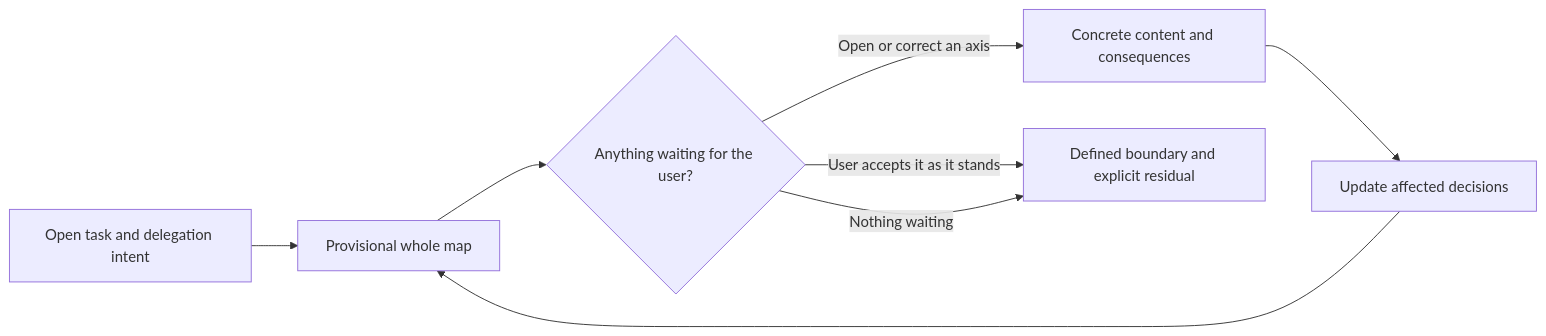
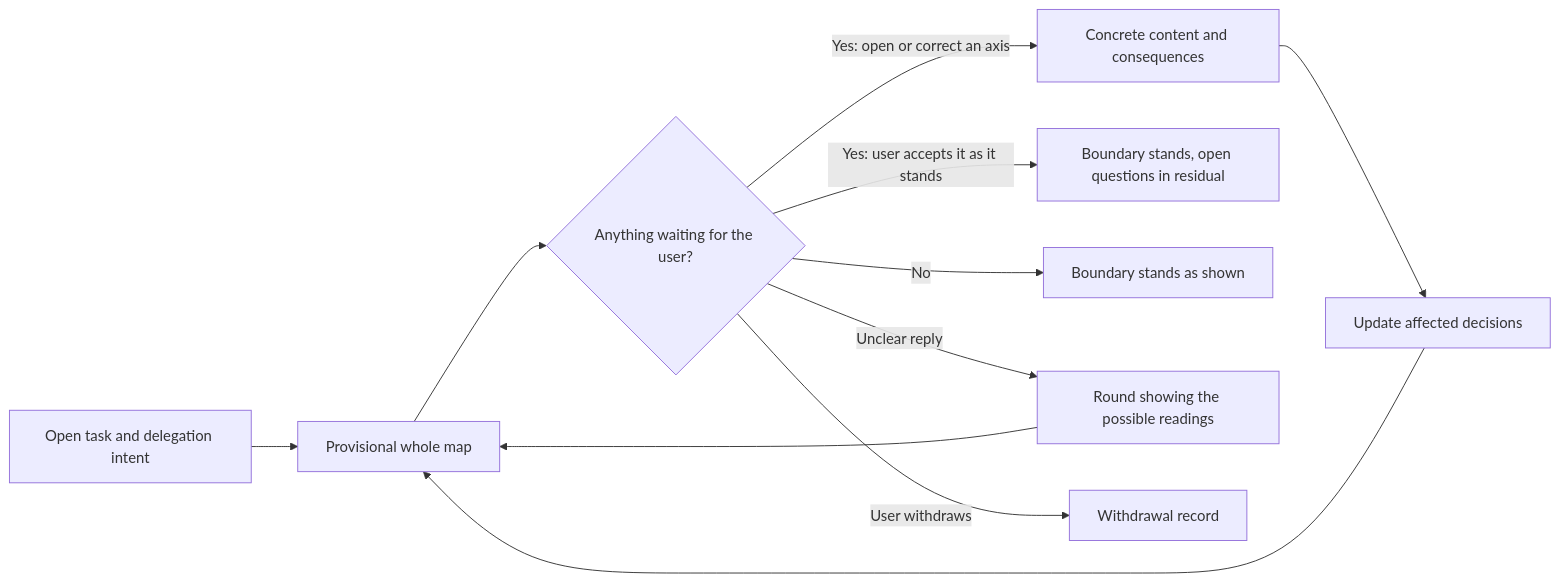
The diagram in horismos/README.md (jongwony/epistemic-protocols), drawn with Mermaid before and after one commit. The commit also changed other lines of this file and 5 other files, not shown here.

````diff
--- a/horismos/README.md
+++ b/horismos/README.md
@@ -9,10 +9,13 @@
 ```mermaid
 flowchart LR
     A[Open task and delegation intent] --> B[Provisional whole map]
     B --> C{Anything waiting for the user?}
-    C -->|Open or correct an axis| D[Concrete content and consequences]
+    C -->|Yes: open or correct an axis| D[Concrete content and consequences]
     D --> E[Update affected decisions]
     E --> B
-    C -->|User accepts it as it stands| F[Defined boundary and explicit residual]
-    C -->|Nothing waiting| F
+    C -->|Yes: user accepts it as it stands| F[Boundary stands, open questions in residual]
+    C -->|No| G[Boundary stands as shown]
+    C -->|Unclear reply| H[Round showing the possible readings]
+    H --> B
+    C -->|User withdraws| W[Withdrawal record]
 ```
````
